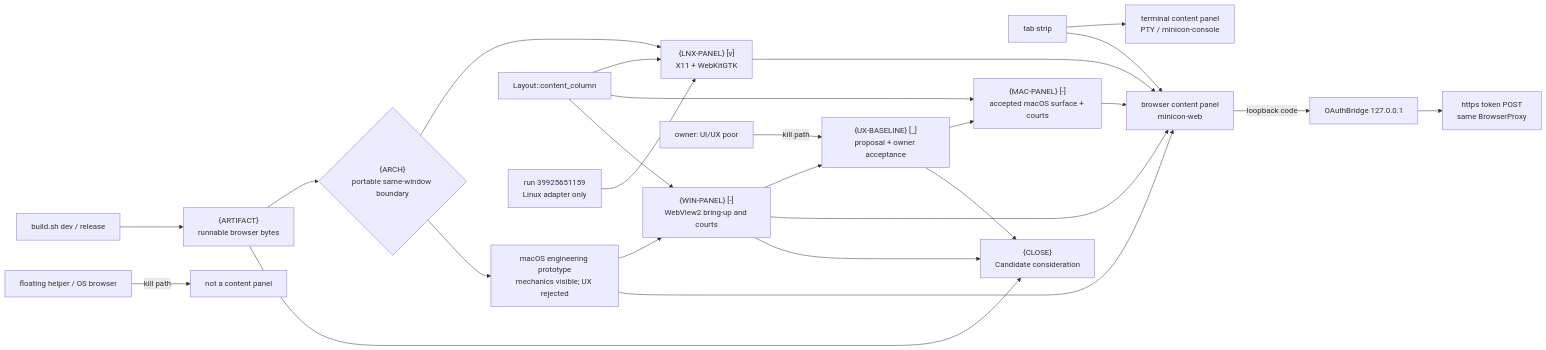
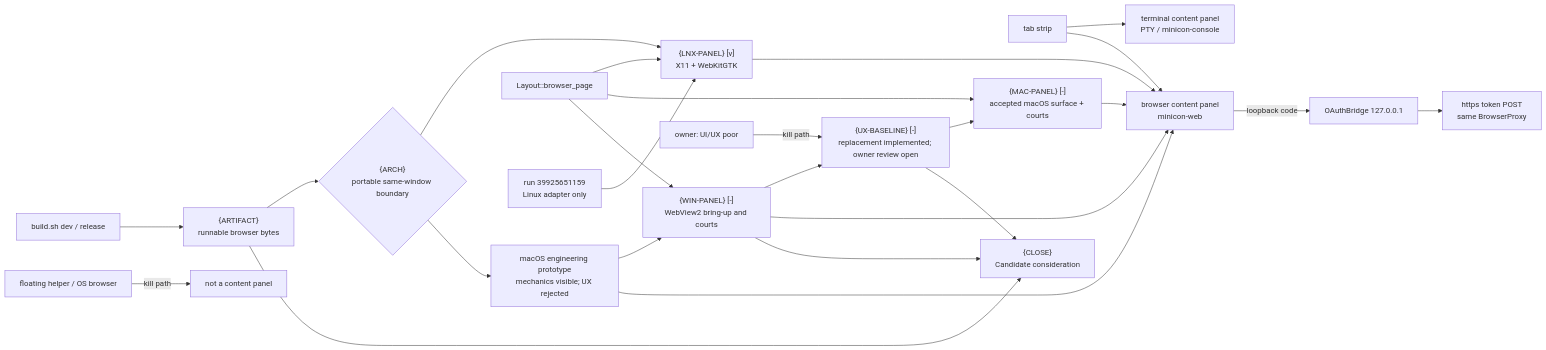
One commit to partnernetsoftware/minicon changed the second of 3 diagrams in plan/plan-v0.2.21.md. Above: the diagram before and after it, drawn with Mermaid. The commit also changed other lines of this file and 39 other files, not shown here.

````diff
--- a/plan/plan-v0.2.21.md
+++ b/plan/plan-v0.2.21.md
@@ -200,27 +201,27 @@
 ```mermaid
 flowchart LR
     TAB["tab strip"] --> TERM["terminal content panel<br/>PTY / minicon-console"]
     TAB --> WEB["browser content panel<br/>minicon-web"]
     CANON["build.sh dev / release"] --> ART["{ARTIFACT}<br/>runnable browser bytes"]
     ART --> ARCH{"{ARCH}<br/>portable same-window boundary"}
     ARCH --> LNX["{LNX-PANEL} [v]<br/>X11 + WebKitGTK"]
     ARCH --> PROTO["macOS engineering prototype<br/>mechanics visible; UX rejected"]
     PROTO --> WIN["{WIN-PANEL} [-]<br/>WebView2 bring-up and courts"]
-    WIN --> UX["{UX-BASELINE} [_]<br/>proposal + owner acceptance"]
+    WIN --> UX["{UX-BASELINE} [-]<br/>replacement implemented; owner review open"]
     UX --> MAC["{MAC-PANEL} [-]<br/>accepted macOS surface + courts"]
     LNX --> WEB
     PROTO --> WEB
     MAC --> WEB
     WIN --> WEB
     WEB -->|"loopback code"| BRIDGE["OAuthBridge 127.0.0.1"]
     BRIDGE --> POST["https token POST<br/>same BrowserProxy"]
-    LAYOUT["Layout::content_column"] --> LNX
+    LAYOUT["Layout::browser_page"] --> LNX
     LAYOUT --> MAC
     LAYOUT --> WIN
     COURT["run 39925651159<br/>Linux adapter only"] --> LNX
     FLOAT["floating helper / OS browser"] -->|"kill path"| REJECT["not a content panel"]
     REJECTUX["owner: UI/UX poor"] -->|"kill path"| UX
     UX --> CLOSE["{CLOSE}<br/>Candidate consideration"]
     WIN --> CLOSE
     ART --> CLOSE
 ```
````
